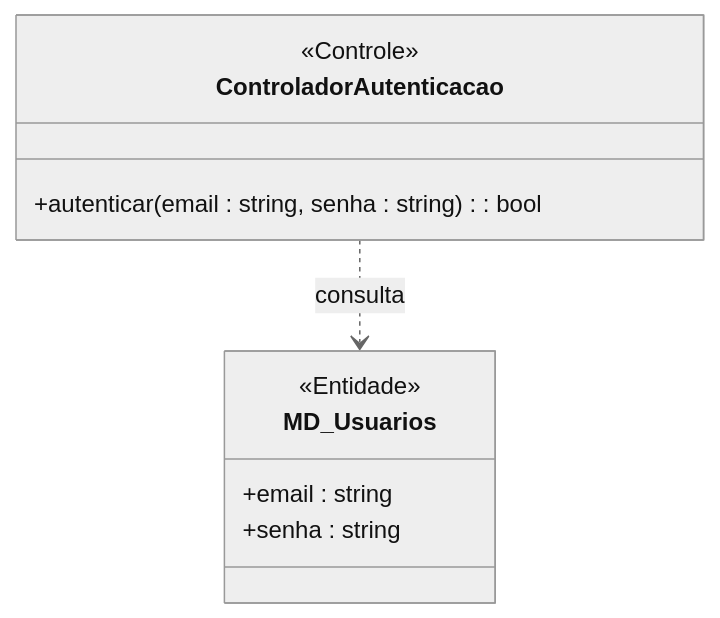
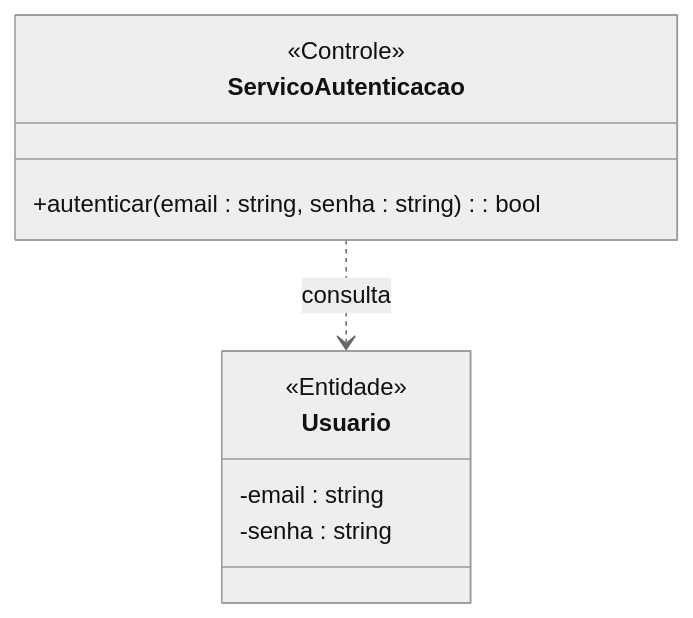
One commit to MayconDIS/PIM_III-Documentacao_UML changed the first of 30 diagrams in 01_Relatorios_e_Dashboard/DASHBOARD_VISUAL.md. Above: the diagram before and after it, drawn with Mermaid (neutral theme). The commit also changed other lines of this file and 234 other files, not shown here.

````diff
--- a/01_Relatorios_e_Dashboard/DASHBOARD_VISUAL.md
+++ b/01_Relatorios_e_Dashboard/DASHBOARD_VISUAL.md
@@ -49,13 +46,13 @@
 ```mermaid
 classDiagram
-    class MD_Usuarios {
+    class Usuario {
         <<Entidade>>
-        +email : string
-        +senha : string
+        -email : string
+        -senha : string
     }
-    class ControladorAutenticacao {
+    class ServicoAutenticacao {
         <<Controle>>
         +autenticar(email : string, senha : string) : bool
     }
-    ControladorAutenticacao ..> MD_Usuarios : consulta
+    ServicoAutenticacao ..> Usuario : consulta
 ```
````
